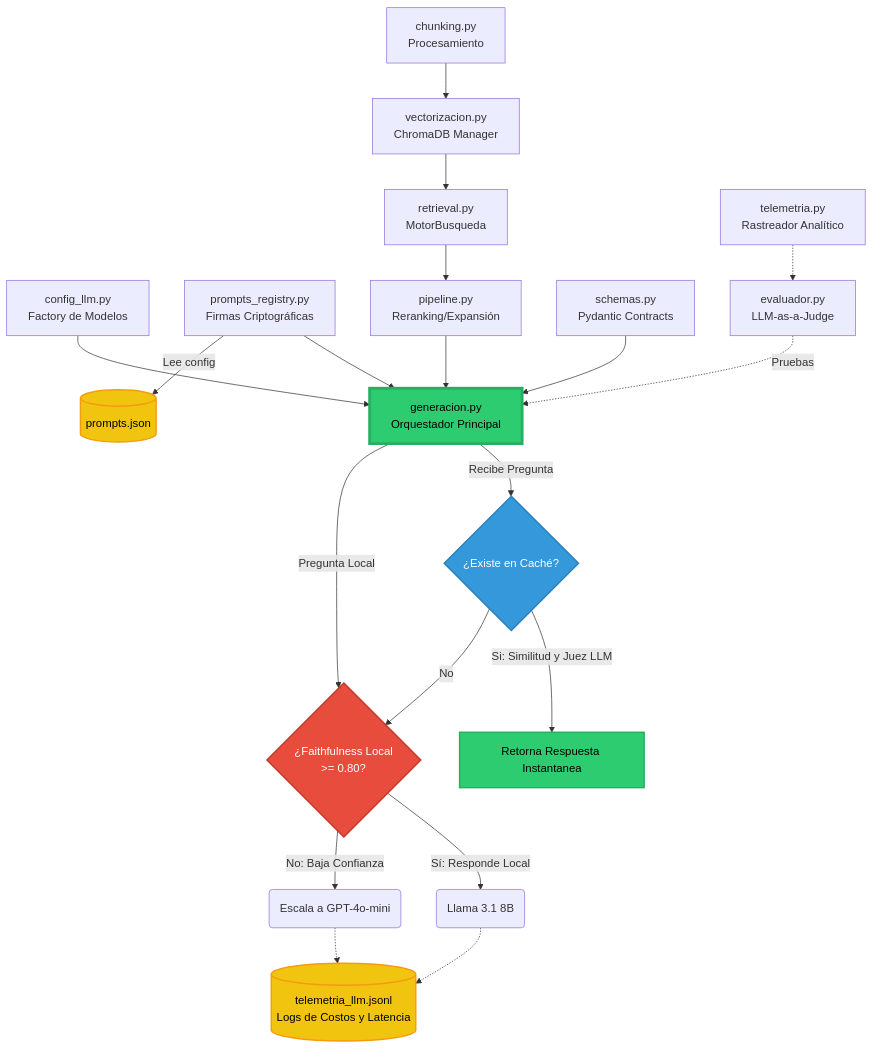
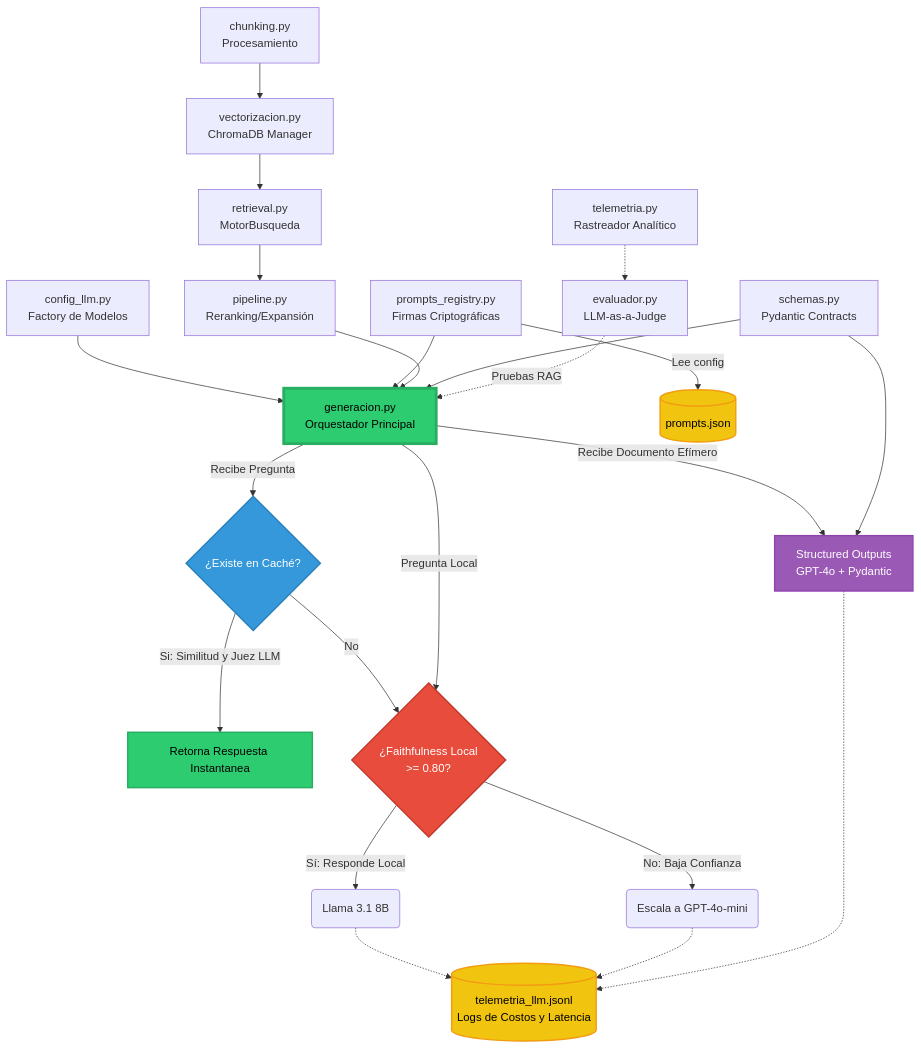
One commit to alexandro-mayoral-teran/proyecto_disf_npl changed the diagram in docs/arquitectura/diagrama_arquitectura_nlp_core.md. Above: the diagram before and after it, drawn with Mermaid. The commit also changed 53 other files, not shown here.

````diff
--- a/docs/arquitectura/diagrama_arquitectura_nlp_core.md
+++ b/docs/arquitectura/diagrama_arquitectura_nlp_core.md
@@ -11,41 +11,47 @@
 ```mermaid
 graph TD
     %% Componentes Fundacionales
     A["config_llm.py<br>Factory de Modelos"] --> G["generacion.py<br>Orquestador Principal"]
     B["prompts_registry.py<br>Firmas Criptográficas"] --> G
     B -->|Lee config| C[("prompts.json")]
     
     %% Flujo de Recuperación
     D["vectorizacion.py<br>ChromaDB Manager"] --> E["retrieval.py<br>MotorBusqueda"]
     H["chunking.py<br>Procesamiento"] --> D
     E --> F["pipeline.py<br>Reranking/Expansión"]
     F --> G
     
-    %% Caché Semántico Híbrido
+    %% Caché Semántico Híbrido (Rama RAG)
     G -->|Recibe Pregunta| CACHE{"¿Existe en Caché?"}
     CACHE -->|Si: Similitud y Juez LLM| CACHE_HIT["Retorna Respuesta Instantanea"]
     CACHE -->|No| R1
     
-    %% Router Cascade (Avance 5)
+    %% Router Cascade (Avance 5 - Rama RAG)
     G -->|Pregunta Local| R1{"¿Faithfulness Local<br> >= 0.80?"}
     R1 -->|Sí: Responde Local| S1("Llama 3.1 8B")
     R1 -->|No: Baja Confianza| S2("Escala a GPT-4o-mini")
     S1 -.-> J
     S2 -.-> J
     
+    %% Extracción Estructurada (Rama Long-Context)
+    G -->|Recibe Documento Efímero| P1["Structured Outputs<br>GPT-4o + Pydantic"]
+    P1 -.-> J
+    
     %% Validación y Monitoreo
-    I["schemas.py<br>Pydantic Contracts"] --> G
+    I["schemas.py<br>Pydantic Contracts"] --> P1
+    I --> G
     J[("telemetria_llm.jsonl<br>Logs de Costos y Latencia")]
     
     %% Laboratorio/Evaluación
     K["telemetria.py<br>Rastreador Analítico"] -.-> L["evaluador.py<br>LLM-as-a-Judge"]
-    L -.->|Pruebas| G
+    L -.->|Pruebas RAG| G
 
     %% Estilos
     style G fill:#2ecc71,stroke:#27ae60,stroke-width:4px,color:black
     style R1 fill:#e74c3c,stroke:#c0392b,stroke-width:2px,color:white
     style CACHE fill:#3498db,stroke:#2980b9,stroke-width:2px,color:white
     style CACHE_HIT fill:#2ecc71,stroke:#27ae60,stroke-width:2px,color:black
     style C fill:#f1c40f,stroke:#f39c12,stroke-width:2px,color:black
     style J fill:#f1c40f,stroke:#f39c12,stroke-width:2px,color:black
+    style P1 fill:#9b59b6,stroke:#8e44ad,stroke-width:2px,color:white
 ```
````
